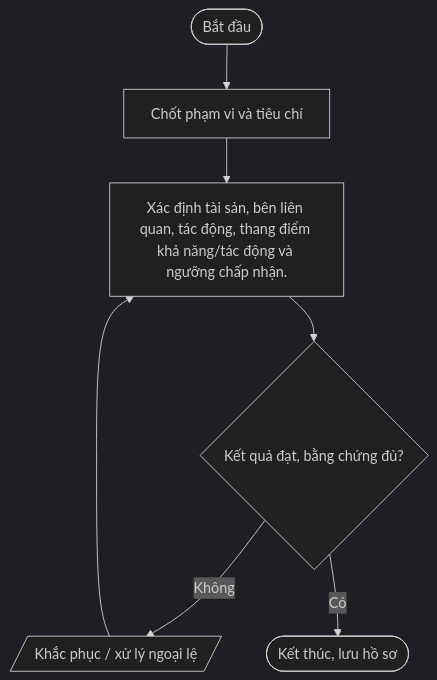
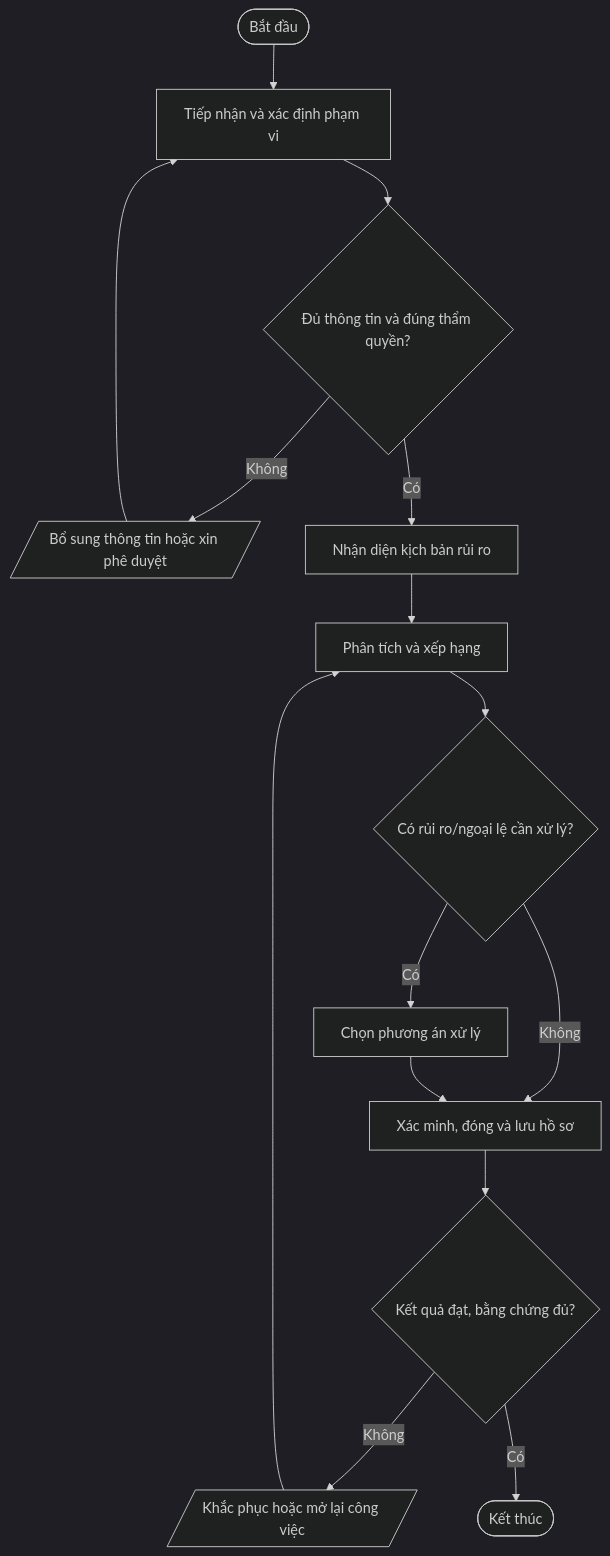
Before and after one commit to daoaigiangnam/Quy_Trinh_Chuan: the second of 7 diagrams in quy-trinh/01-Quan-tri-ISMS/README.md, drawn with Mermaid (dark theme). The commit also changed other lines of this file, not shown here.

Commit message:
docs: refine detailed procedure steps and Mermaid flowcharts

````diff
--- a/quy-trinh/01-Quan-tri-ISMS/README.md
+++ b/quy-trinh/01-Quan-tri-ISMS/README.md
@@ -120,11 +141,17 @@
 ```mermaid
 flowchart TD
-  A([Bắt đầu]) --> S1
-  S1["Chốt phạm vi và tiêu chí"]
-  S2["Xác định tài sản, bên liên quan, tác động, thang điểm khả năng/tác động và ngưỡng chấp nhận."]
-  S1 --> S2
-  S2 --> D2{"Kết quả đạt, bằng chứng đủ?"}
-  D2 -- Không --> REWORK[/"Khắc phục / xử lý ngoại lệ"/]
-  REWORK --> S2
-  D2 -- Có --> Z([Kết thúc, lưu hồ sơ])
+  A([Bắt đầu]) --> S1["Tiếp nhận và xác định phạm vi"]
+  S1 --> D1{"Đủ thông tin và đúng thẩm quyền?"}
+  D1 -- Không --> F1[/"Bổ sung thông tin hoặc xin phê duyệt"/]
+  F1 --> S1
+  D1 -- Có --> S2["Nhận diện kịch bản rủi ro"]
+  S2 --> S3["Phân tích và xếp hạng"]
+  S3 --> D2{"Có rủi ro/ngoại lệ cần xử lý?"}
+  D2 -- Có --> S4["Chọn phương án xử lý"]
+  D2 -- Không --> S5["Xác minh, đóng và lưu hồ sơ"]
+  S4 --> S5
+  S5 --> D3{"Kết quả đạt, bằng chứng đủ?"}
+  D3 -- Không --> R[/"Khắc phục hoặc mở lại công việc"/]
+  R --> S3
+  D3 -- Có --> Z([Kết thúc])
 ```
````
